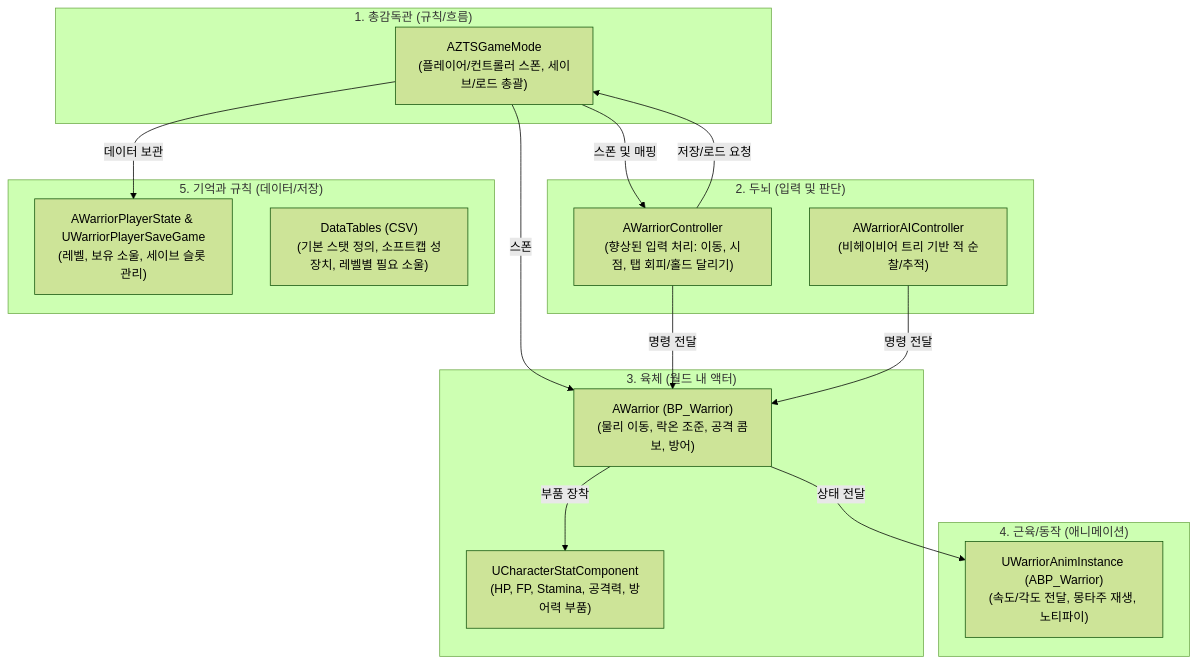
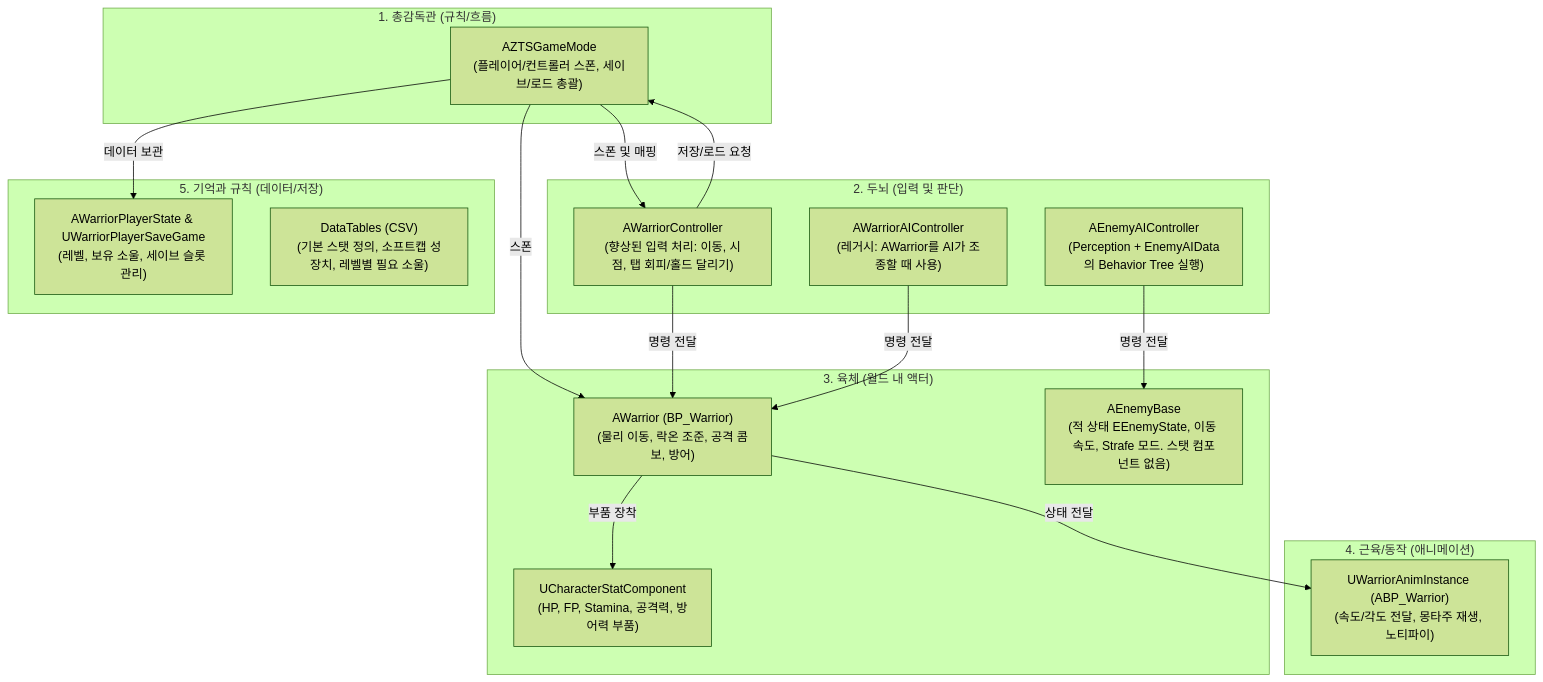
The diagram in PROJECT_GUIDE.md (ahnw00/ZZakTungSoul), drawn with Mermaid (forest theme) before and after one commit. The commit also changed other lines of this file and 12 other files, not shown here.

````diff
--- a/PROJECT_GUIDE.md
+++ b/PROJECT_GUIDE.md
@@ -30,34 +52,37 @@
 ```mermaid
 flowchart TD
     subgraph EngineRules ["1. 총감독관 (규칙/흐름)"]
         GameMode["AZTSGameMode\n(플레이어/컨트롤러 스폰, 세이브/로드 총괄)"]
     end
 
     subgraph Mind ["2. 두뇌 (입력 및 판단)"]
         PC["AWarriorController\n(향상된 입력 처리: 이동, 시점, 탭 회피/홀드 달리기)"]
-        AI["AWarriorAIController\n(비헤이비어 트리 기반 적 순찰/추적)"]
+        AI["AWarriorAIController\n(레거시: AWarrior를 AI가 조종할 때 사용)"]
+        EAI["AEnemyAIController\n(Perception + EnemyAIData의 Behavior Tree 실행)"]
     end
 
     subgraph Body ["3. 육체 (월드 내 액터)"]
         Pawn["AWarrior (BP_Warrior)\n(물리 이동, 락온 조준, 공격 콤보, 방어)"]
         StatComp["UCharacterStatComponent\n(HP, FP, Stamina, 공격력, 방어력 부품)"]
+        Enemy["AEnemyBase\n(적 상태 EEnemyState, 이동 속도, Strafe 모드. 스탯 컴포넌트 없음)"]
     end
 
     subgraph Expression ["4. 근육/동작 (애니메이션)"]
         Anim["UWarriorAnimInstance (ABP_Warrior)\n(속도/각도 전달, 몽타주 재생, 노티파이)"]
     end
 
     subgraph MemoryData ["5. 기억과 규칙 (데이터/저장)"]
         PState["AWarriorPlayerState & UWarriorPlayerSaveGame\n(레벨, 보유 소울, 세이브 슬롯 관리)"]
         DataTables["DataTables (CSV)\n(기본 스탯 정의, 소프트캡 성장치, 레벨별 필요 소울)"]
     end
 
     GameMode -->|스폰 및 매핑| PC
     GameMode -->|스폰| Pawn
     PC -->|명령 전달| Pawn
     AI -->|명령 전달| Pawn
+    EAI -->|명령 전달| Enemy
     Pawn -->|부품 장착| StatComp
     Pawn -->|상태 전달| Anim
     PC -->|저장/로드 요청| GameMode
     GameMode -->|데이터 보관| PState
 ```
````
